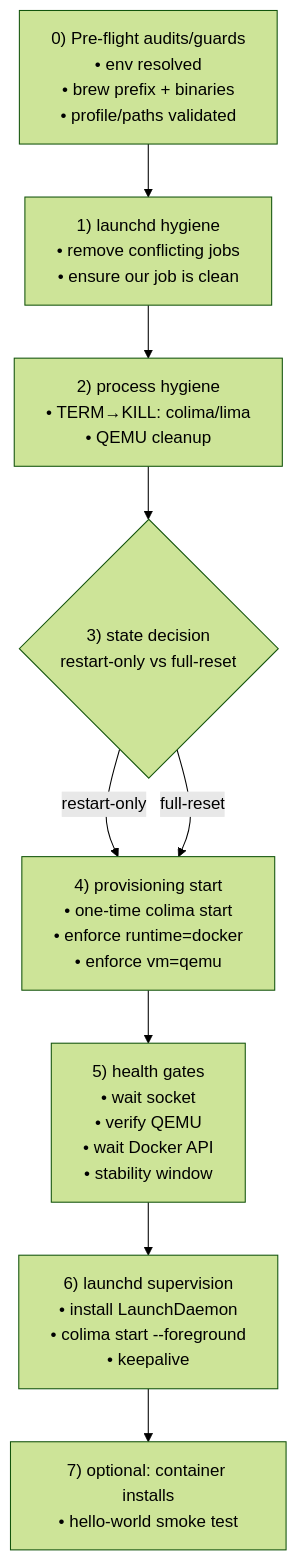
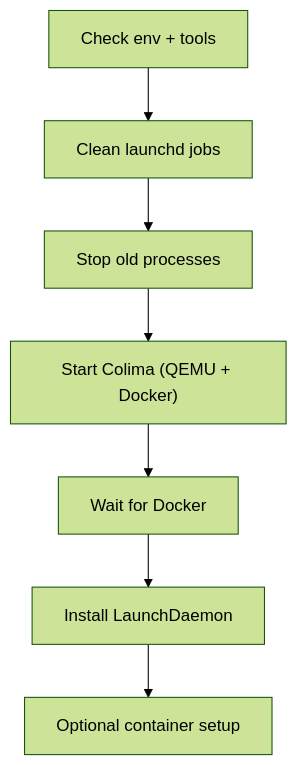
One commit to MrCee/colima-pulse changed the diagram in README.md. Above: the diagram before and after it, drawn with Mermaid (forest theme). The commit also changed other lines of this file and 2 other files, not shown here.

````diff
--- a/README.md
+++ b/README.md
@@ -135,12 +138,10 @@
 ```mermaid
 flowchart TD
-  A["0) Pre-flight audits/guards<br/>• env resolved<br/>• brew prefix + binaries<br/>• profile/paths validated"] -->
-  B["1) launchd hygiene<br/>• remove conflicting jobs<br/>• ensure our job is clean"]
-  B --> C["2) process hygiene<br/>• TERM→KILL: colima/lima<br/>• QEMU cleanup"]
-  C --> D{"3) state decision<br/>restart-only vs full-reset"}
-  D -->|restart-only| E["4) provisioning start<br/>• one-time colima start<br/>• enforce runtime=docker<br/>• enforce vm=qemu"]
-  D -->|full-reset| E
-  E --> F["5) health gates<br/>• wait socket<br/>• verify QEMU<br/>• wait Docker API<br/>• stability window"]
-  F --> G["6) launchd supervision<br/>• install LaunchDaemon<br/>• colima start --foreground<br/>• keepalive"]
-  G --> H["7) optional: container installs<br/>• hello-world smoke test"]
+  A["Check env + tools"] -->
+  B["Clean launchd jobs"]
+  B --> C["Stop old processes"]
+  C --> D["Start Colima (QEMU + Docker)"]
+  D --> E["Wait for Docker"]
+  E --> F["Install LaunchDaemon"]
+  F --> G["Optional container setup"]
 ```
````
